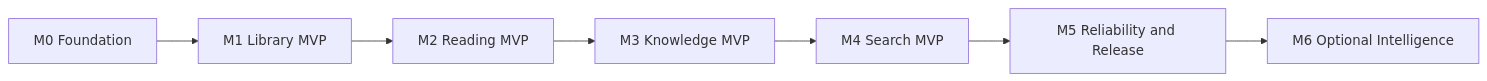
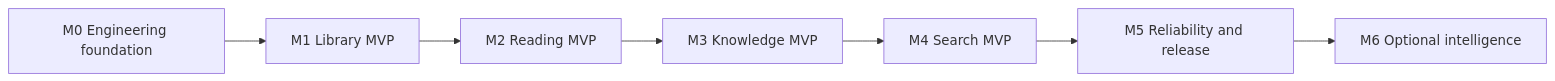
One commit to vuthanhdat/book-library changed the diagram in planning/implementation-plan.md. Above: the diagram before and after it, drawn with Mermaid. The commit also changed other lines of this file, not shown here.

Commit message:
docs: turn roadmap into gated delivery plan

````diff
--- a/planning/implementation-plan.md
+++ b/planning/implementation-plan.md
@@ -22,9 +30,9 @@
 ```mermaid
 flowchart LR
-    M0["M0 Foundation"] --> M1["M1 Library MVP"]
+    M0["M0 Engineering foundation"] --> M1["M1 Library MVP"]
     M1 --> M2["M2 Reading MVP"]
     M2 --> M3["M3 Knowledge MVP"]
     M3 --> M4["M4 Search MVP"]
-    M4 --> M5["M5 Reliability and Release"]
-    M5 --> M6["M6 Optional Intelligence"]
+    M4 --> M5["M5 Reliability and release"]
+    M5 --> M6["M6 Optional intelligence"]
 ```
````
